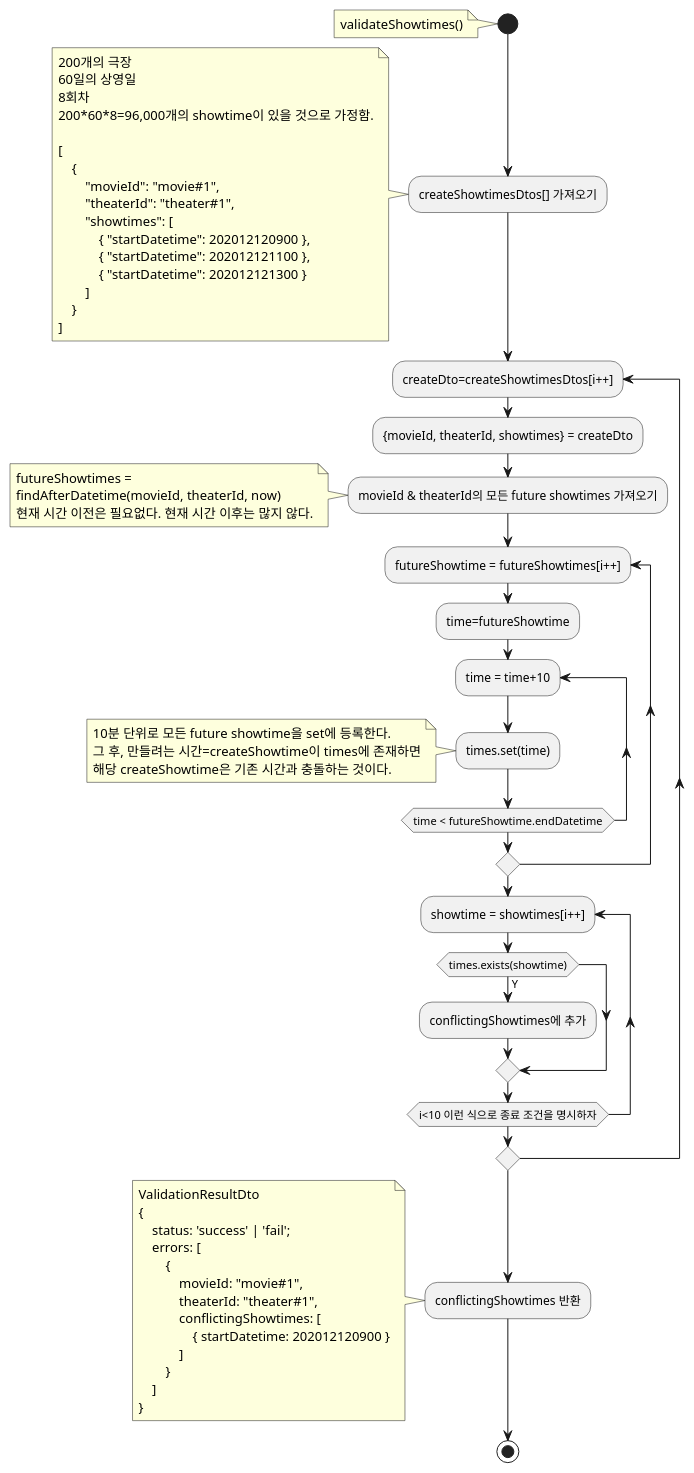
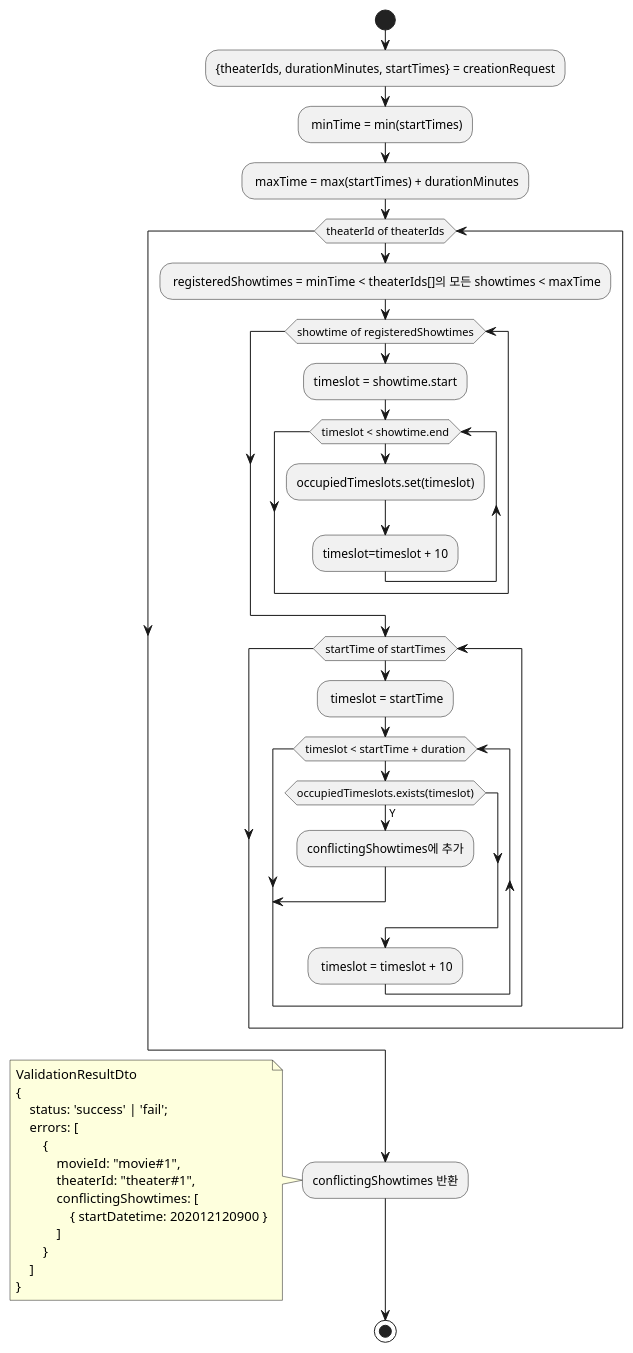
One commit to hunjuly/nest-seed changed the second of 2 diagrams in docs/register-showtimes.md. Above: the diagram before and after it, drawn with PlantUML. The commit also changed other lines of this file and 10 other files, not shown here.

````diff
--- a/docs/register-showtimes.md
+++ b/docs/register-showtimes.md
@@ -125,72 +109,48 @@
 ```plantuml
 @startuml
 start
-note
-validateShowtimes()
-end note
-:createShowtimesDtos[] 가져오기;
-note
-200개의 극장
-60일의 상영일
-8회차
-200*60*8=96,000개의 showtime이 있을 것으로 가정함.
+:{theaterIds, durationMinutes, startTimes} = creationRequest;
+: minTime = min(startTimes);
+: maxTime = max(startTimes) + durationMinutes;
 
-[
-    {
-        "movieId": "movie#1",
-        "theaterId": "theater#1",
-        "showtimes": [
-            { "startDatetime": 202012120900 },
-            { "startDatetime": 202012121100 },
-            { "startDatetime": 202012121300 }
-        ]
-    }
-]
-end note
+while (theaterId of theaterIds)
+    : registeredShowtimes = minTime < theaterIds[]의 모든 showtimes < maxTime;
+    while (showtime of registeredShowtimes)
+        :timeslot = showtime.start;
+        while (timeslot < showtime.end)
+            :occupiedTimeslots.set(timeslot);
+            :timeslot=timeslot + 10;
+        endwhile
+    endwhile
 
-repeat :createDto=createShowtimesDtos[i++];
-  :{movieId, theaterId, showtimes} = createDto;
-  :movieId & theaterId의 모든 future showtimes 가져오기;
-  note
-  futureShowtimes =
-  findAfterDatetime(movieId, theaterId, now)
-  현재 시간 이전은 필요없다. 현재 시간 이후는 많지 않다.
-  end note
-  repeat :futureShowtime = futureShowtimes[i++];
-    :time=futureShowtime;
-    repeat :time = time+10;
-    :times.set(time);
-note
-    10분 단위로 모든 future showtime을 set에 등록한다.
-    그 후, 만들려는 시간=createShowtime이 times에 존재하면
-    해당 createShowtime은 기존 시간과 충돌하는 것이다.
-end note
-    repeat while(time < futureShowtime.endDatetime)
-  repeat while
-
-  repeat :showtime = showtimes[i++];
-    if (times.exists(showtime)) then (Y)
-      :conflictingShowtimes에 추가;
-    endif
-  repeat while(i<10 이런 식으로 종료 조건을 명시하자)
-repeat while
+    while (startTime of startTimes)
+        : timeslot = startTime;
+        while (timeslot < startTime + duration)
+            if (occupiedTimeslots.exists(timeslot)) then (Y)
+                :conflictingShowtimes에 추가;
+                break
+            endif
+            : timeslot = timeslot + 10;
+        endwhile
+    endwhile
+endwhile
 
 :conflictingShowtimes 반환;
 note
 ValidationResultDto
 {
     status: 'success' | 'fail';
     errors: [
         {
             movieId: "movie#1",
             theaterId: "theater#1",
             conflictingShowtimes: [
                 { startDatetime: 202012120900 }
             ]
         }
     ]
 }
 end note
 stop
 @enduml
 ```
````
